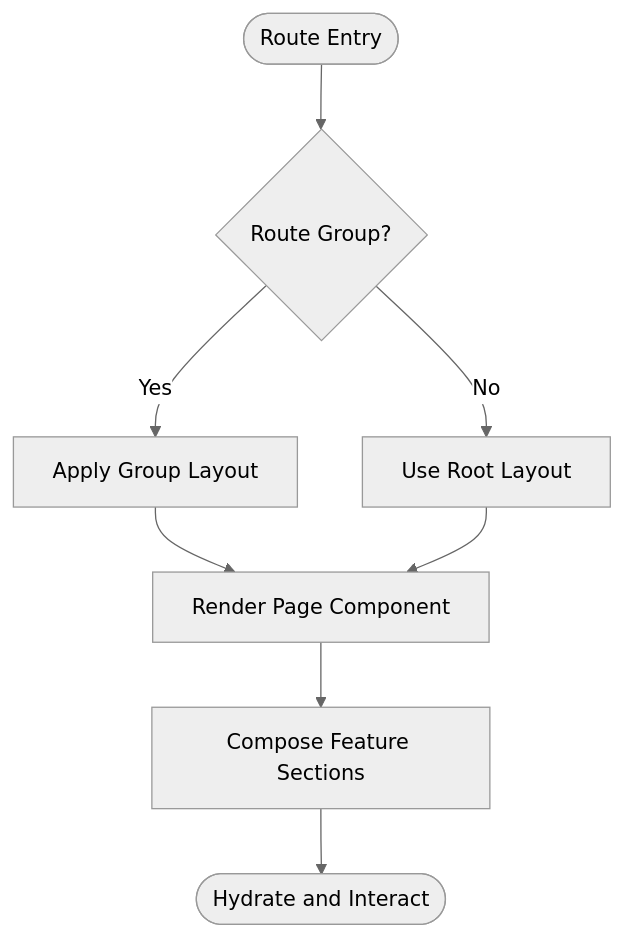
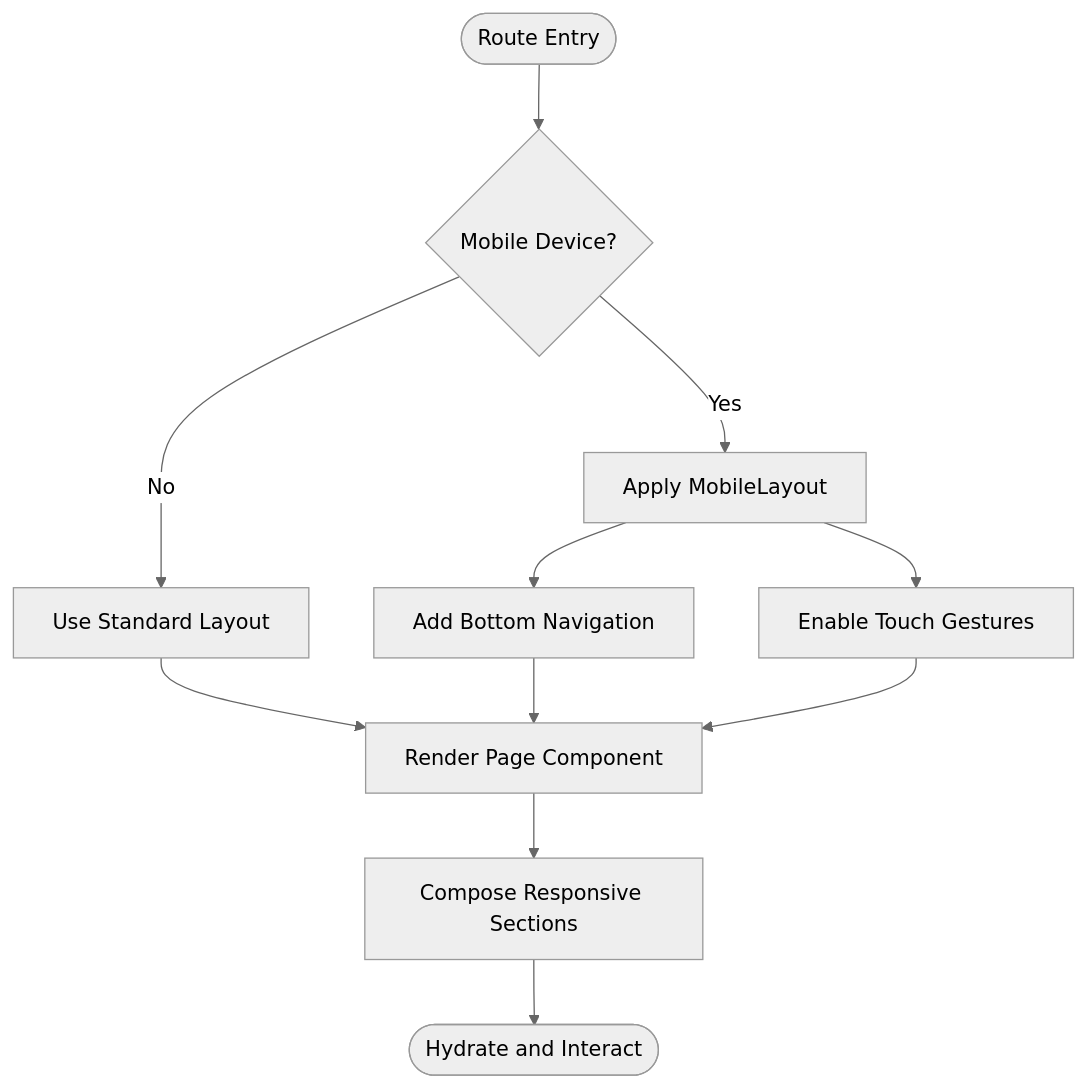
The fifth of 9 diagrams in .qoder/repowiki/en/content/Architecture Overview/Frontend Architecture.md (hieudepoet/Insurix), drawn with Mermaid (neutral theme) before and after one commit. The commit also changed other lines of this file and 63 other files, not shown here.

````diff
--- a/.qoder/repowiki/en/content/Architecture Overview/Frontend Architecture.md
+++ b/.qoder/repowiki/en/content/Architecture Overview/Frontend Architecture.md
@@ -163,10 +261,13 @@
 ```mermaid
 flowchart TD
-Start(["Route Entry"]) --> CheckGroup{"Route Group?"}
-CheckGroup --> |Yes| ApplyLayout["Apply Group Layout"]
-CheckGroup --> |No| UseRoot["Use Root Layout"]
-ApplyLayout --> RenderPage["Render Page Component"]
-UseRoot --> RenderPage
-RenderPage --> ComposeSections["Compose Feature Sections"]
+Start(["Route Entry"]) --> CheckMobile{"Mobile Device?"}
+CheckMobile --> |Yes| ApplyMobileLayout["Apply MobileLayout"]
+CheckMobile --> |No| UseStandardLayout["Use Standard Layout"]
+ApplyMobileLayout --> AddBottomNav["Add Bottom Navigation"]
+ApplyMobileLayout --> EnableTouch["Enable Touch Gestures"]
+UseStandardLayout --> RenderPage["Render Page Component"]
+AddBottomNav --> RenderPage
+EnableTouch --> RenderPage
+RenderPage --> ComposeSections["Compose Responsive Sections"]
 ComposeSections --> End(["Hydrate and Interact"])
 ```
````
